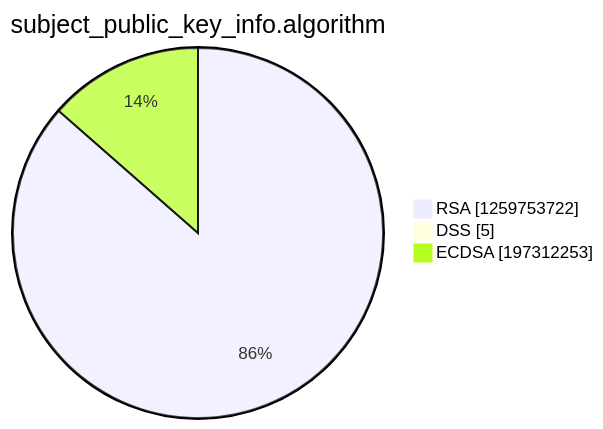
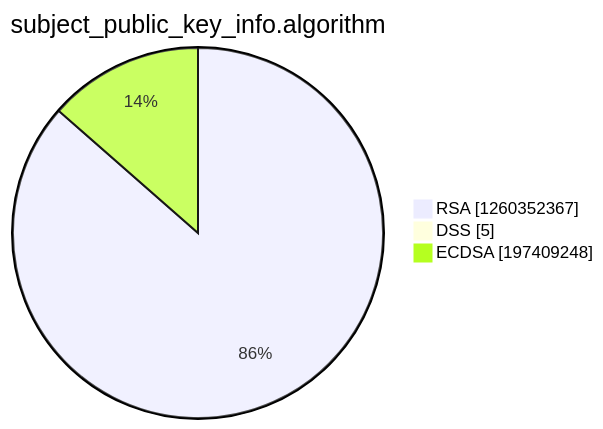
The third of 15 diagrams in argon2022/README.md (christiankrug/ctmonitor_visualization), drawn with Mermaid before and after one commit. The commit also changed other lines of this file, not shown here.

````diff
--- a/argon2022/README.md
+++ b/argon2022/README.md
@@ -14,7 +14,7 @@
 ```mermaid
 pie showData
 title subject_public_key_info.algorithm
-"RSA" :1259753722
+"RSA" :1260352367
 "DSS" :5
-"ECDSA" :197312253
+"ECDSA" :197409248
 ```
````
